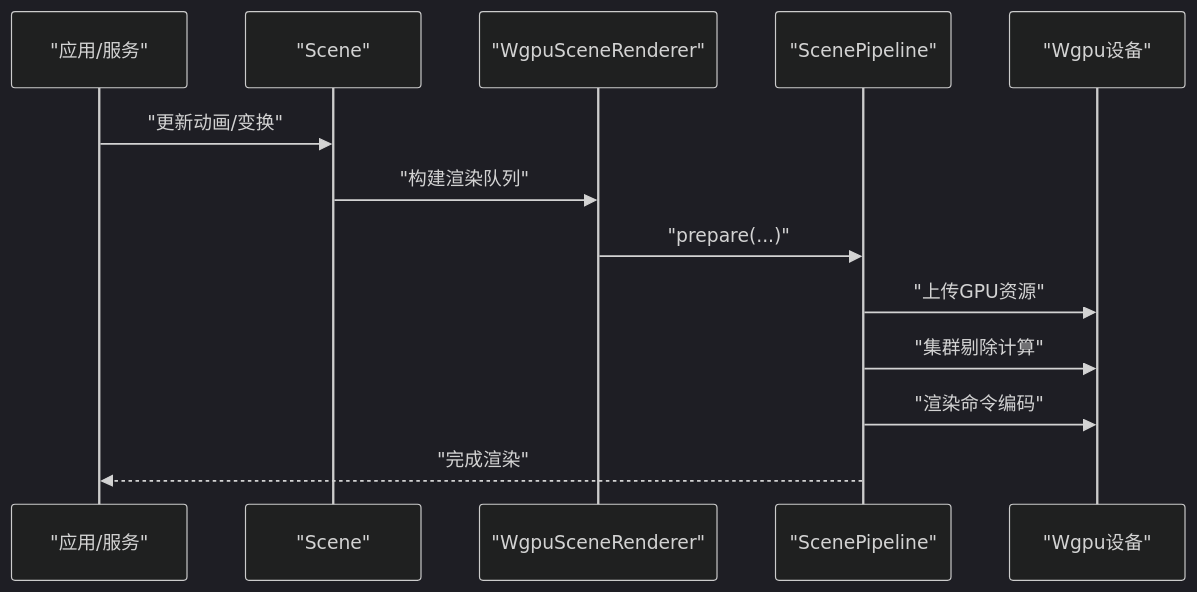
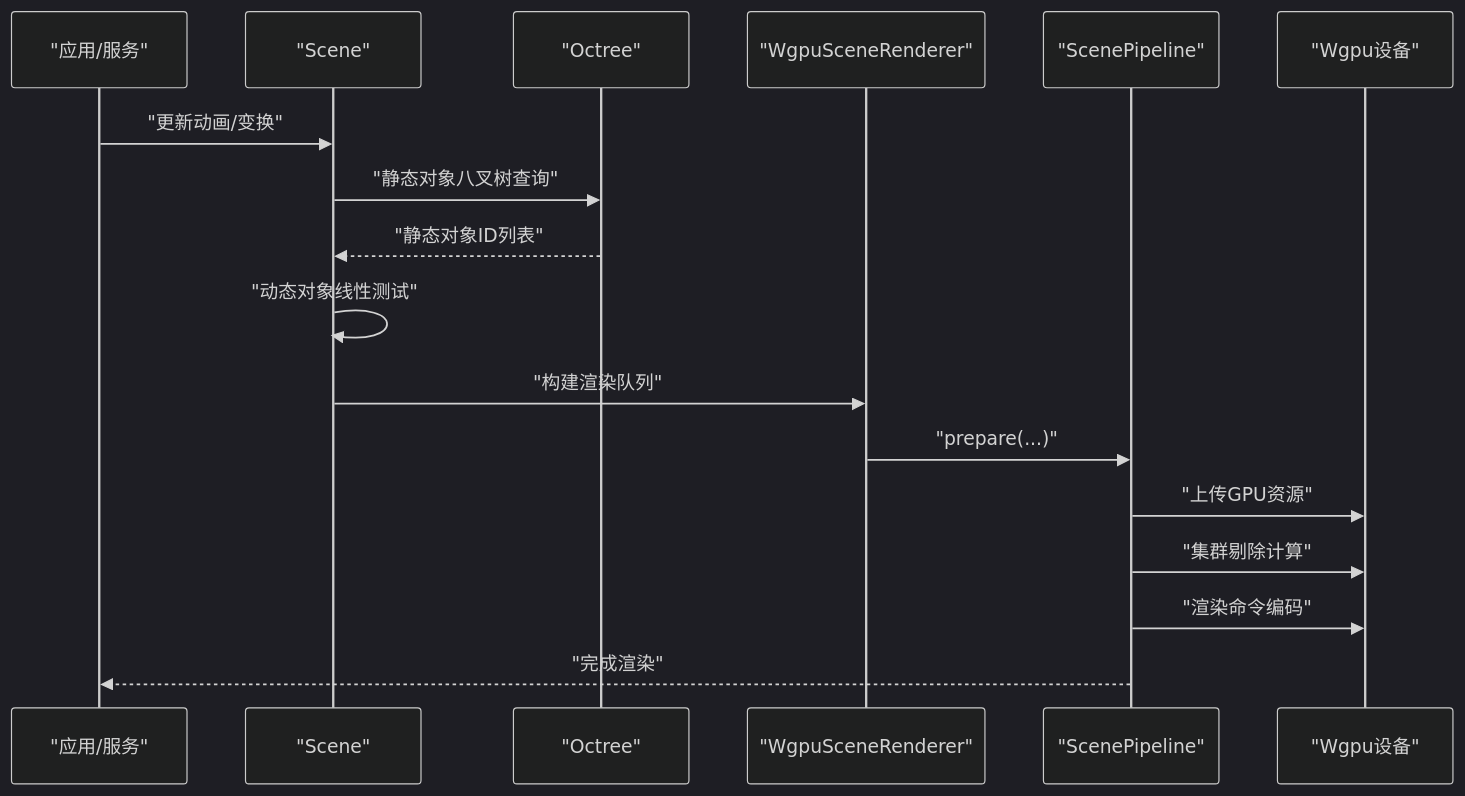
The second of 8 diagrams in .qoder/repowiki/zh/content/扩展开发.md (qianqians/geese), drawn with Mermaid (dark theme) before and after one commit. The commit also changed other lines of this file and 12 other files, not shown here.

````diff
--- a/.qoder/repowiki/zh/content/扩展开发.md
+++ b/.qoder/repowiki/zh/content/扩展开发.md
@@ -179,15 +192,19 @@
 ```mermaid
 sequenceDiagram
 participant App as "应用/服务"
 participant Scene as "Scene"
+participant Octree as "Octree"
 participant Renderer as "WgpuSceneRenderer"
 participant Pipeline as "ScenePipeline"
 participant GPU as "Wgpu设备"
 App->>Scene : "更新动画/变换"
+Scene->>Octree : "静态对象八叉树查询"
+Octree-->>Scene : "静态对象ID列表"
+Scene->>Scene : "动态对象线性测试"
 Scene->>Renderer : "构建渲染队列"
 Renderer->>Pipeline : "prepare(...)"
 Pipeline->>GPU : "上传GPU资源"
 Pipeline->>GPU : "集群剔除计算"
 Pipeline->>GPU : "渲染命令编码"
 Pipeline-->>App : "完成渲染"
 ```
````
